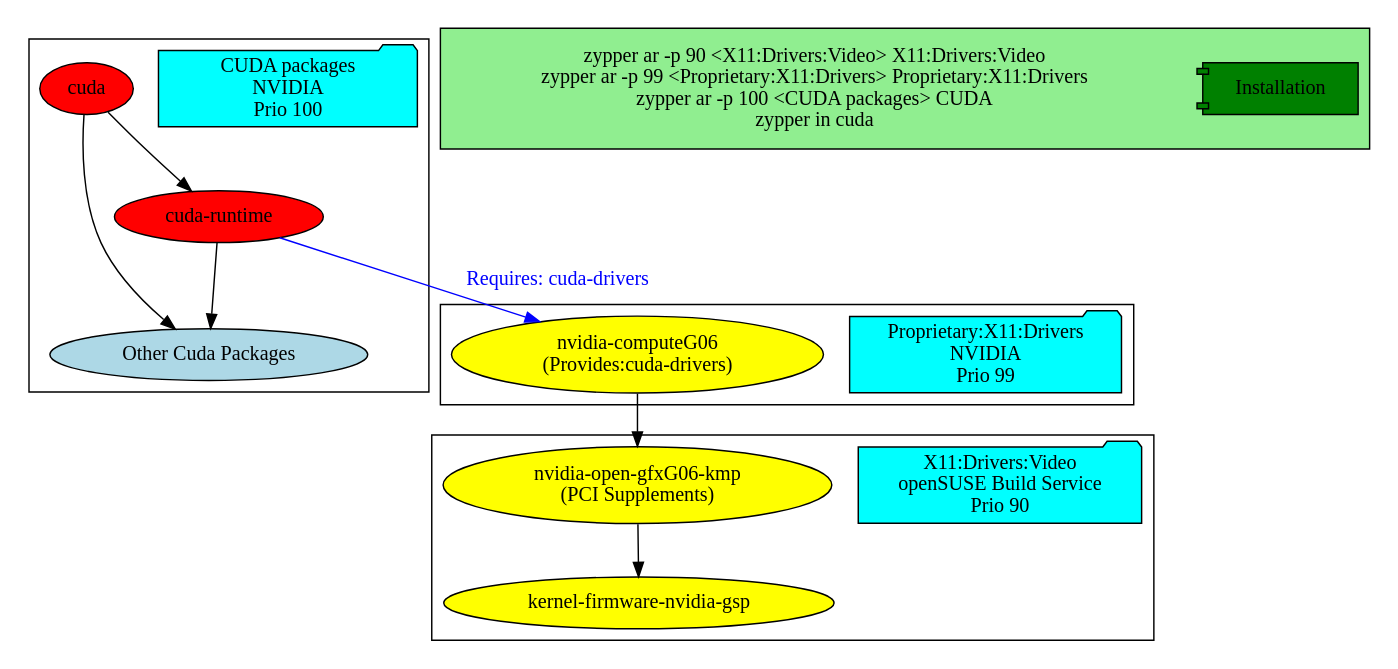
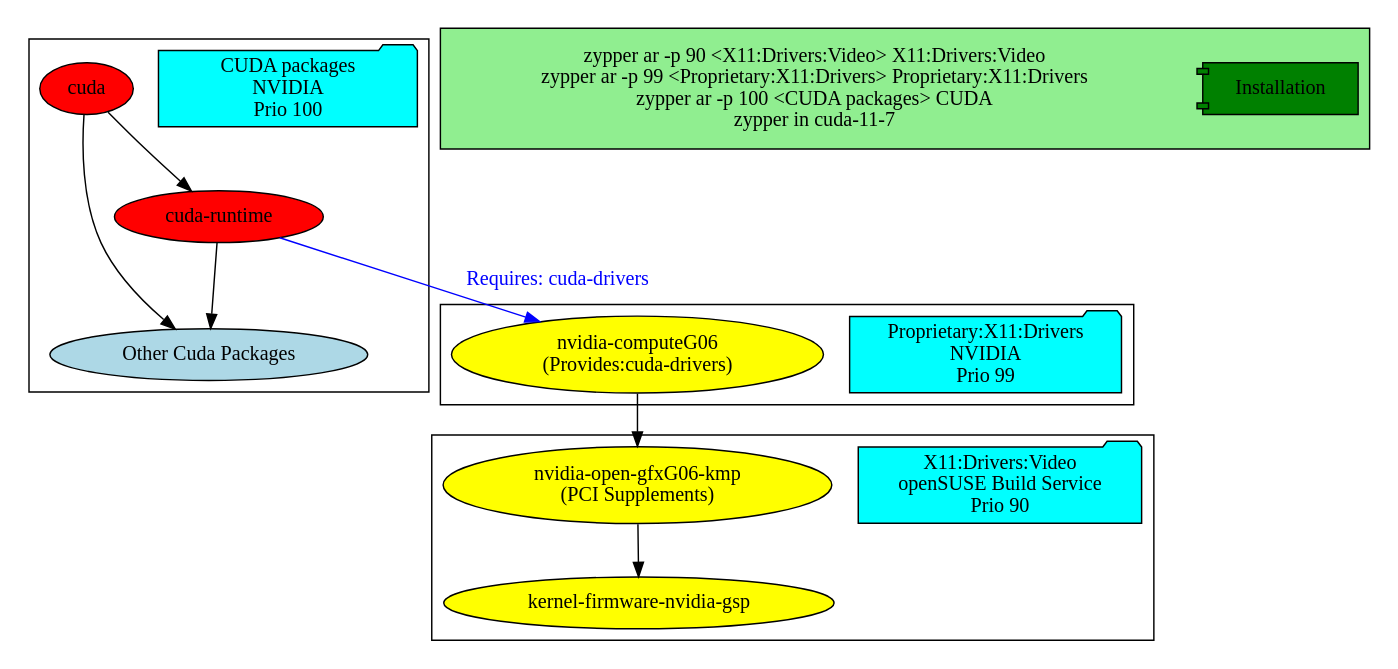
The diagram in assets/src/2022-06-07-nvidia-opengpu/repos.dot (sndirsch/sndirsch.github.io), drawn with Graphviz before and after one commit. The commit also changed 2 other files, not shown here.

Commit message:
2022-06-07-nvidia-opengpu: fixed install command in picture

```diff
--- a/assets/src/2022-06-07-nvidia-opengpu/repos.dot
+++ b/assets/src/2022-06-07-nvidia-opengpu/repos.dot
@@ -1,28 +1,28 @@
 digraph {
 	subgraph cluster_0 {
 		repo_nvidia_cuda[fillcolor=aqua,style=filled,width=2.5,shape=folder,label="CUDA packages\nNVIDIA\n Prio 100"]
 		cuda [fillcolor=red,style=filled] 
 		cuda_runtime [fillcolor=red,style=filled,label="cuda-runtime"]
 		cuda_other_packages[fillcolor=lightblue,style=filled,label="Other Cuda Packages"]
 	}
 	subgraph cluster_1 {
 		repo_nvidia_gfx[fillcolor=aqua,style=filled,width=2.5,shape=folder,label="Proprietary:X11:Drivers\nNVIDIA\n Prio 99"]
 		nvidia_computeG06[fillcolor=yellow,style=filled,label="nvidia-computeG06\n(Provides:cuda-drivers)"]
 	}
 	subgraph cluster_2 {
 		repo_obs[fillcolor=aqua,style=filled,width=2.5,shape=folder,label="X11:Drivers:Video\n openSUSE Build Service\n Prio 90"]
 		nvidia_open_gfxG06_kmp[fillcolor=yellow,style=filled,label="nvidia-open-gfxG06-kmp\n(PCI Supplements)"]
 		kernel_firmware_nvidia_gsp[fillcolor=yellow,style=filled,label="kernel-firmware-nvidia-gsp"]
 	}
 	subgraph cluster_3 {
 		bgcolor="lightgreen"
 		repo_install[fillcolor=green,style=filled,width=1.5,shape=component,label="Installation"]
-		command1[shape=none,width=7,label="zypper ar -p 90 <X11:Drivers:Video> X11:Drivers:Video\nzypper ar -p 99 <Proprietary:X11:Drivers> Proprietary:X11:Drivers\nzypper ar -p 100 <CUDA packages> CUDA\nzypper in cuda"]
+		command1[shape=none,width=7,label="zypper ar -p 90 <X11:Drivers:Video> X11:Drivers:Video\nzypper ar -p 99 <Proprietary:X11:Drivers> Proprietary:X11:Drivers\nzypper ar -p 100 <CUDA packages> CUDA\nzypper in cuda-11-7"]
 	}
 	cuda -> cuda_runtime
 	cuda -> cuda_other_packages
 	cuda_runtime -> nvidia_computeG06 [color="blue",fontcolor="blue",label="Requires: cuda-drivers"]
 	cuda_runtime -> cuda_other_packages
         nvidia_computeG06 -> nvidia_open_gfxG06_kmp
 	nvidia_open_gfxG06_kmp -> kernel_firmware_nvidia_gsp
 }
```
